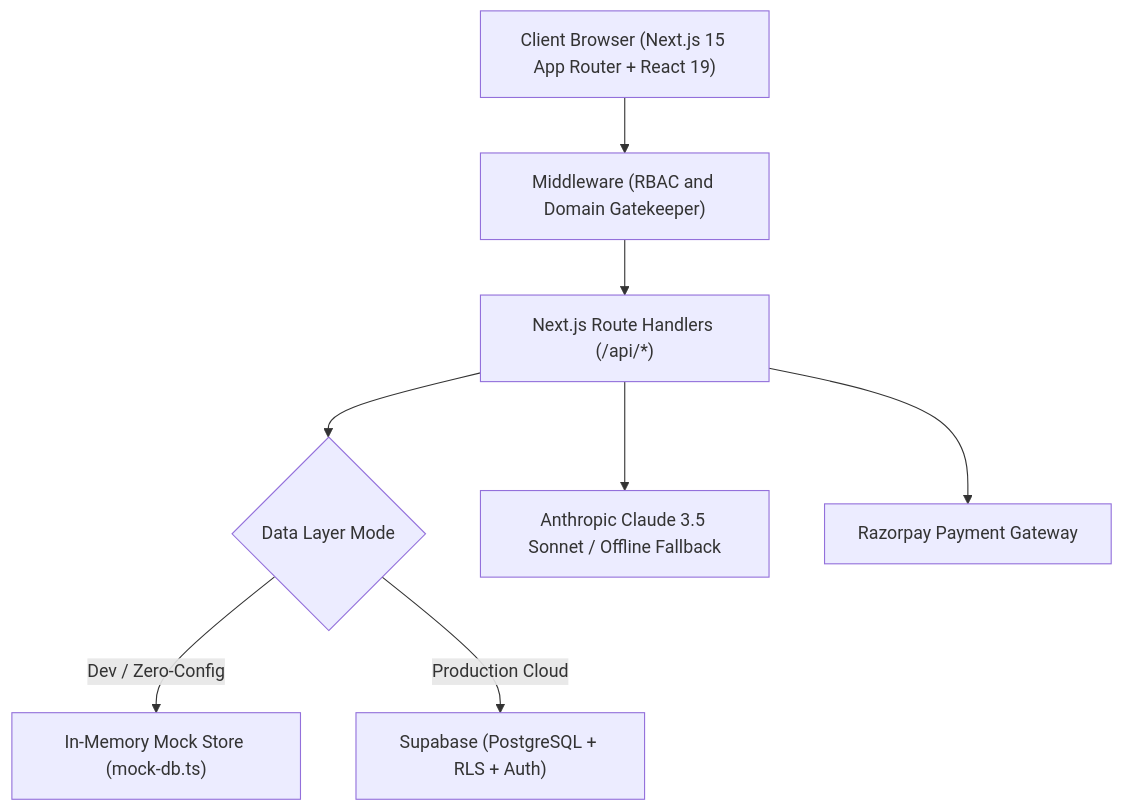
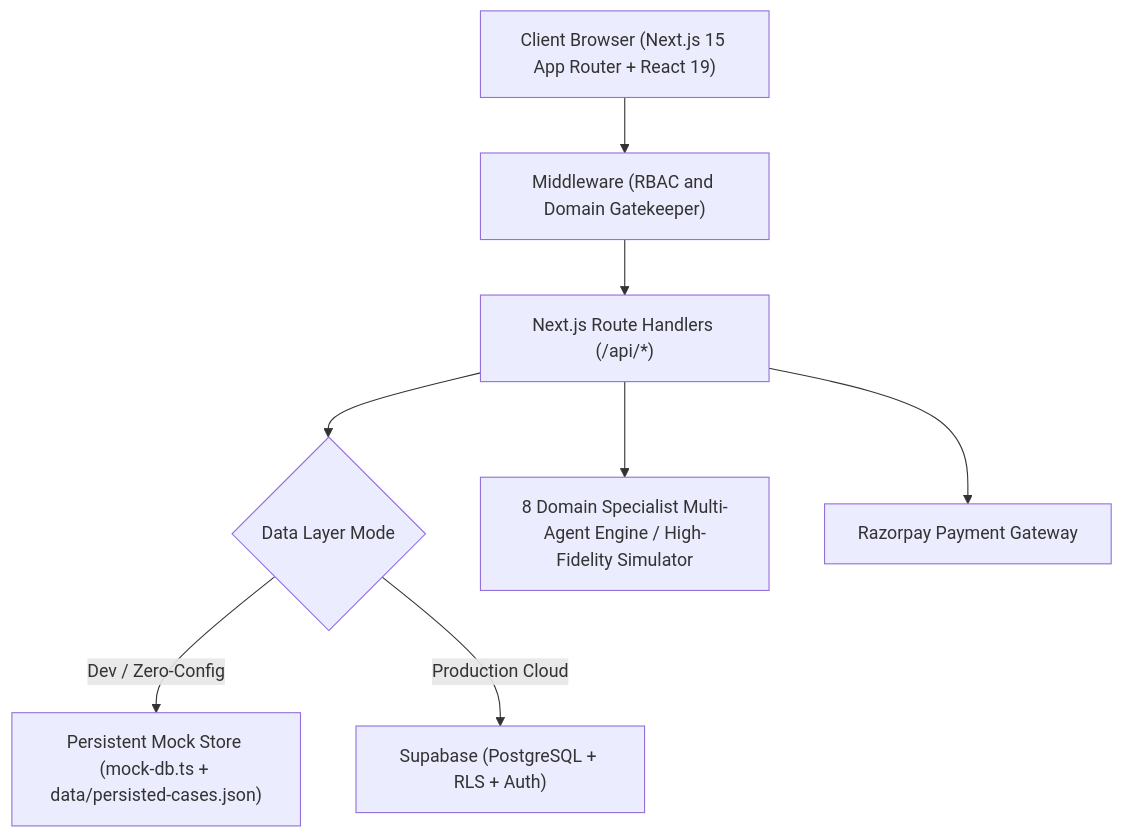
The diagram in README.md (prachizala/Case_Lab), drawn with Mermaid before and after one commit. The commit also changed other lines of this file and 12 other files, not shown here.

Commit message:
docs: rebrand to SBS CaseLab 8 Domain Specialist Multi-Agent Architecture and clean external vendor traces

````diff
--- a/README.md
+++ b/README.md
@@ -138,19 +191,19 @@
 ```mermaid
 graph TD
     Client["Client Browser (Next.js 15 App Router + React 19)"]
     MW["Middleware (RBAC and Domain Gatekeeper)"]
     API["Next.js Route Handlers (/api/*)"]
     Store{"Data Layer Mode"}
-    Mock["In-Memory Mock Store (mock-db.ts)"]
+    Mock["Persistent Mock Store (mock-db.ts + data/persisted-cases.json)"]
     Supa["Supabase (PostgreSQL + RLS + Auth)"]
-    AI["Anthropic Claude 3.5 Sonnet / Offline Fallback"]
+    AI["8 Domain Specialist Multi-Agent Engine / High-Fidelity Simulator"]
     Pay["Razorpay Payment Gateway"]
 
     Client --> MW
     MW --> API
     API --> Store
     Store -- Dev / Zero-Config --> Mock
     Store -- Production Cloud --> Supa
     API --> AI
     API --> Pay
 ```
````
